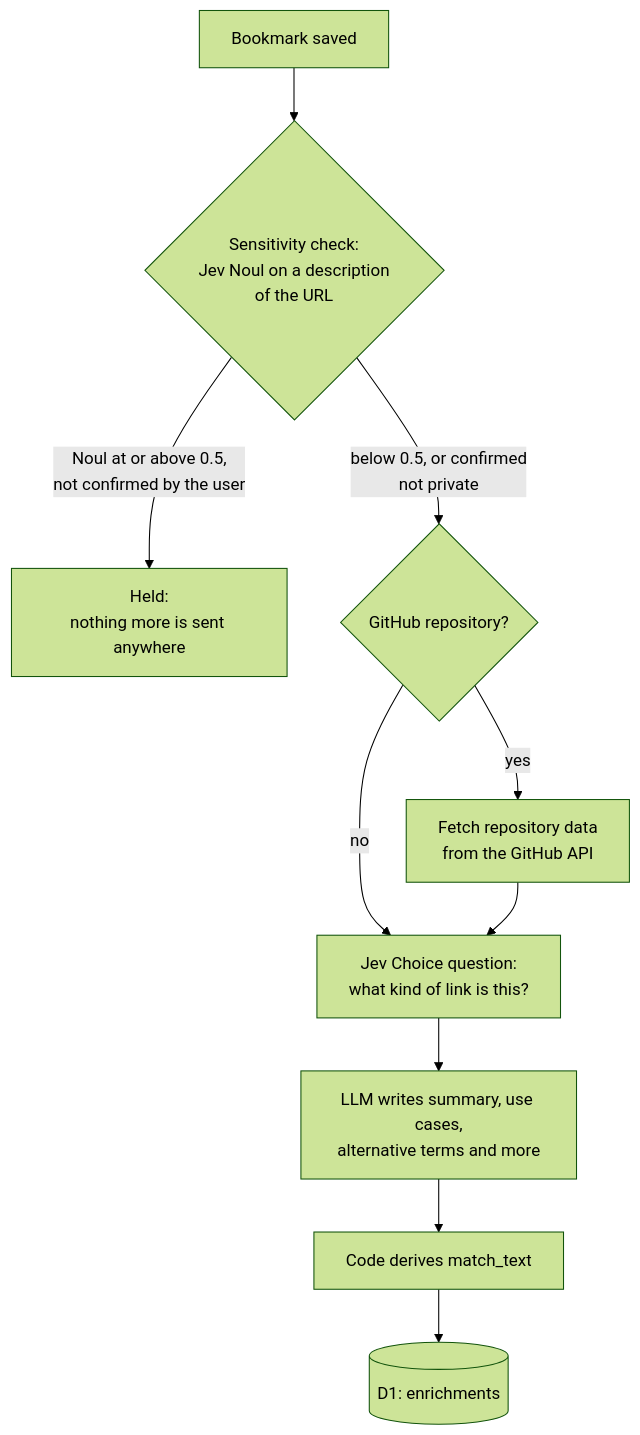
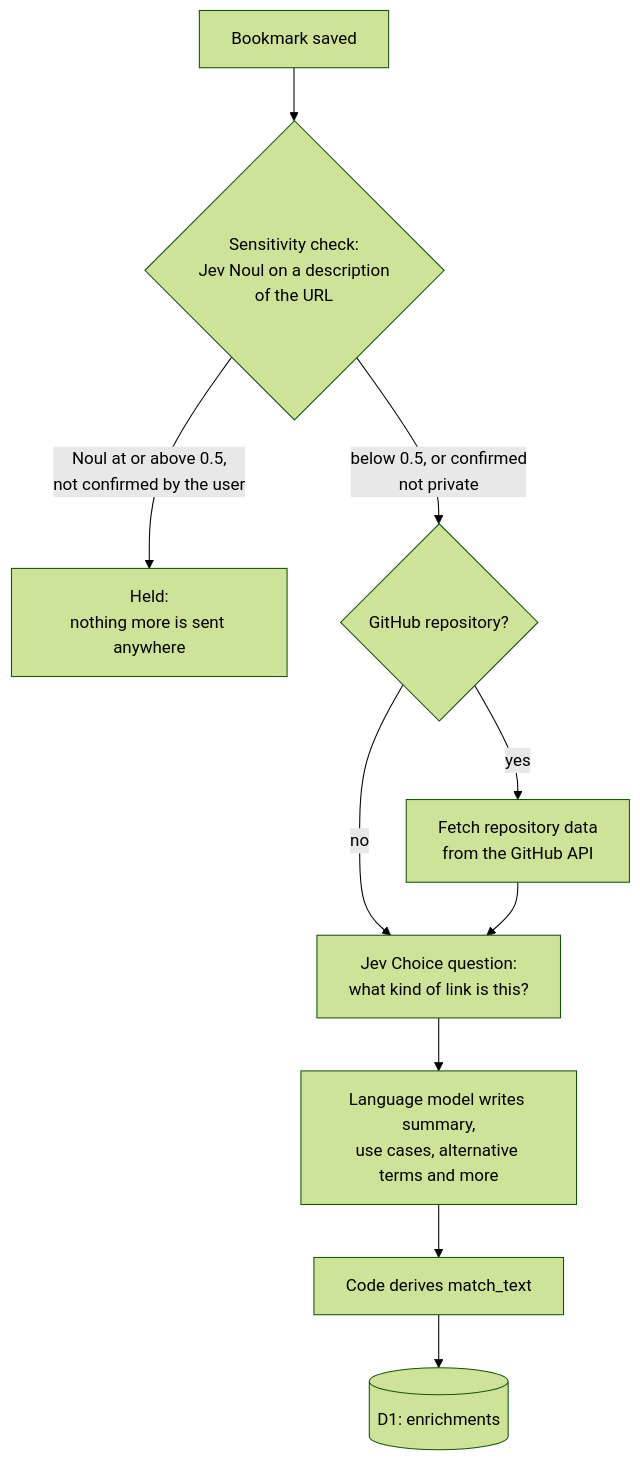
Before and after one commit to schalkneethling/schalkneethling.com: the first of 2 diagrams in src/content/drafts/haystack-search-with-jev.md, drawn with Mermaid (forest theme). The commit also changed other lines of this file, not shown here.

````diff
--- a/src/content/drafts/haystack-search-with-jev.md
+++ b/src/content/drafts/haystack-search-with-jev.md
@@ -25,12 +25,12 @@
 ```mermaid
 flowchart TD
     A[Bookmark saved] --> B{Sensitivity check:<br>Jev Noul on a description<br>of the URL}
     B -- "Noul at or above 0.5,<br>not confirmed by the user" --> H[Held:<br>nothing more is sent anywhere]
     B -- "below 0.5, or confirmed<br>not private" --> G{GitHub repository?}
     G -- yes --> GH[Fetch repository data<br>from the GitHub API]
     G -- no --> K
     GH --> K[Jev Choice question:<br>what kind of link is this?]
-    K --> L[LLM writes summary, use cases,<br>alternative terms and more]
+    K --> L[Language model writes summary,<br>use cases, alternative terms and more]
     L --> M[Code derives match_text]
     M --> D[(D1: enrichments)]
 ```
````
